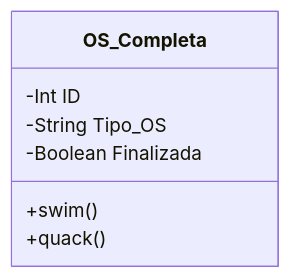
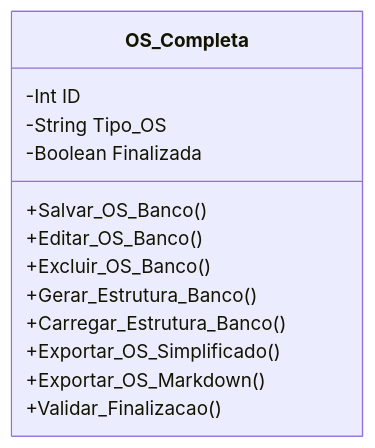
The diagram in DOCUMENTOS/Classe - Ordem de Serviço Completa.md (ETECC-Telecom/ValtObsidian-Script-Moto), drawn with Mermaid before and after one commit. The commit also changed other lines of this file and 5 other files, not shown here.

````diff
--- a/DOCUMENTOS/Classe - Ordem de Serviço Completa.md
+++ b/DOCUMENTOS/Classe - Ordem de Serviço Completa.md
@@ -23,10 +23,17 @@
 ```mermaid
 classDiagram
     class OS_Completa{
       -Int ID
       -String Tipo_OS
       -Boolean Finalizada
-      +swim()
-      +quack()
+      
+      +Salvar_OS_Banco()
+	  +Editar_OS_Banco()
+	  +Excluir_OS_Banco()
+	  +Gerar_Estrutura_Banco()
+	  +Carregar_Estrutura_Banco()
+	  +Exportar_OS_Simplificado()
+	  +Exportar_OS_Markdown()
+	  +Validar_Finalizacao()
     }
 ```
````
